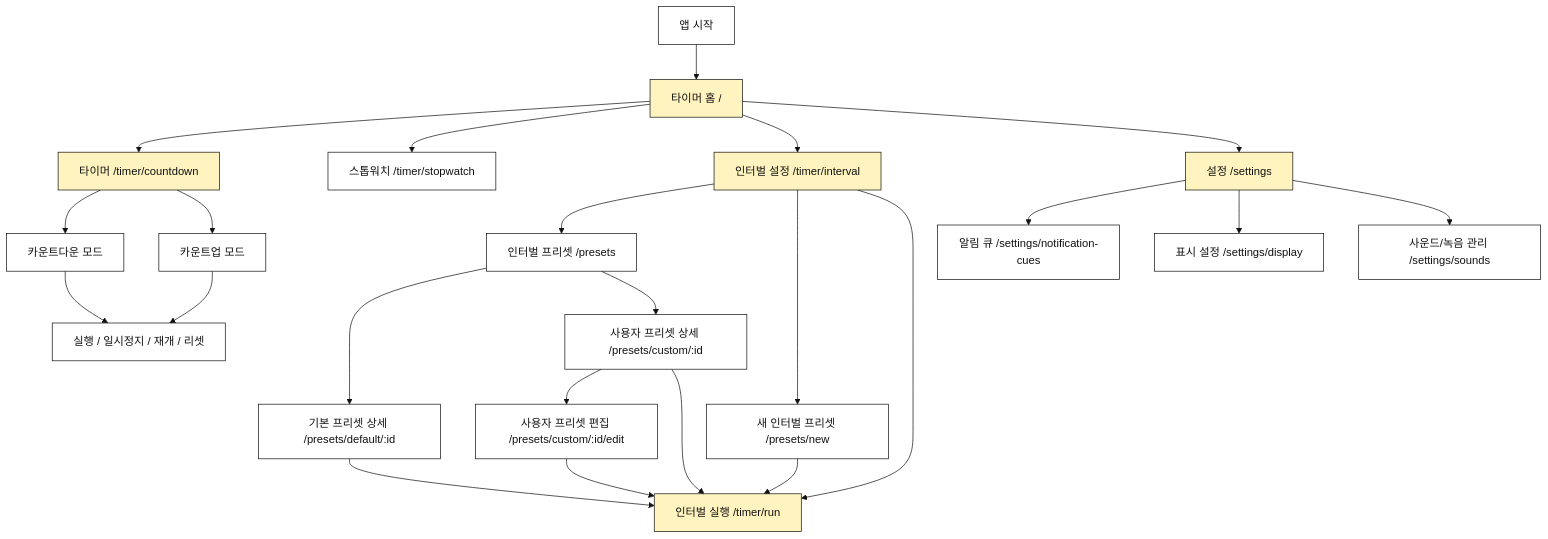
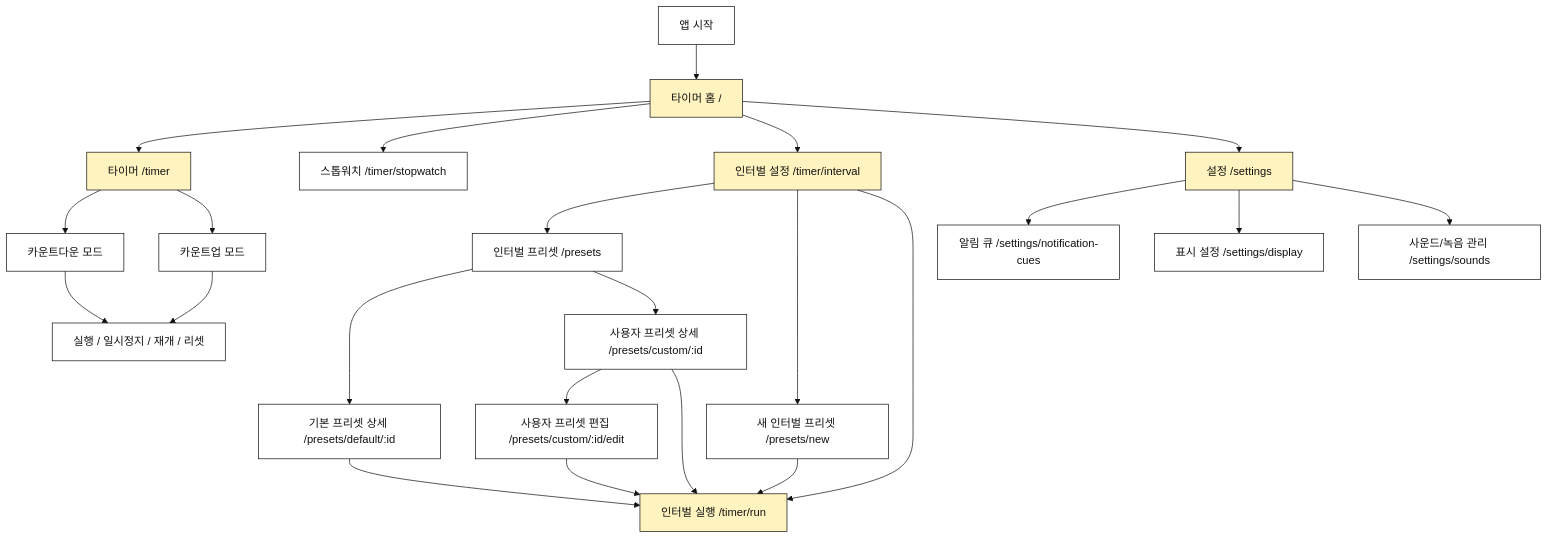
Before and after one commit to KalGookSoo/tempo: the diagram in docs/navigation-structure.md, drawn with Mermaid. The commit also changed other lines of this file and 10 other files, not shown here.

````diff
--- a/docs/navigation-structure.md
+++ b/docs/navigation-structure.md
@@ -28,35 +28,35 @@
 ```mermaid
 %%{init: {"theme": "base", "themeVariables": {"background": "transparent", "primaryColor": "#FFFFFF", "primaryTextColor": "#111111", "primaryBorderColor": "#111111", "lineColor": "#111111", "tertiaryColor": "#F7F7F2"}}}%%
 flowchart TD
     A["앱 시작"] --> B["타이머 홈 /"]
-    B --> T["타이머 /timer/countdown"]
+    B --> T["타이머 /timer"]
     B --> E["스톱워치 /timer/stopwatch"]
     B --> F["인터벌 설정 /timer/interval"]
     B --> S["설정 /settings"]
 
     T --> T1["카운트다운 모드"]
     T --> T2["카운트업 모드"]
     T1 --> T3["실행 / 일시정지 / 재개 / 리셋"]
     T2 --> T3
 
     F --> P["인터벌 프리셋 /presets"]
     F --> P3["새 인터벌 프리셋 /presets/new"]
     P --> P1["기본 프리셋 상세 /presets/default/:id"]
     P --> P2["사용자 프리셋 상세 /presets/custom/:id"]
     P2 --> P5["사용자 프리셋 편집 /presets/custom/:id/edit"]
     P1 --> R["인터벌 실행 /timer/run"]
     P2 --> R
     P3 --> R
     P5 --> R
     F --> R
 
     S --> S1["알림 큐 /settings/notification-cues"]
     S --> S2["표시 설정 /settings/display"]
     S --> S3["사운드/녹음 관리 /settings/sounds"]
 
     classDef primary fill:#FFF4BF,stroke:#111111,color:#111111;
     classDef screen fill:#FFFFFF,stroke:#111111,color:#111111;
     classDef done fill:#DDF8E8,stroke:#111111,color:#111111;
     class B,T,F,S,R primary;
     class E,T1,T2,T3,P,P1,P2,P3,P5,S1,S2,S3 screen;
 ```
````
